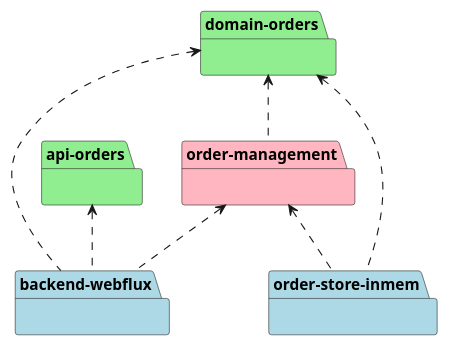
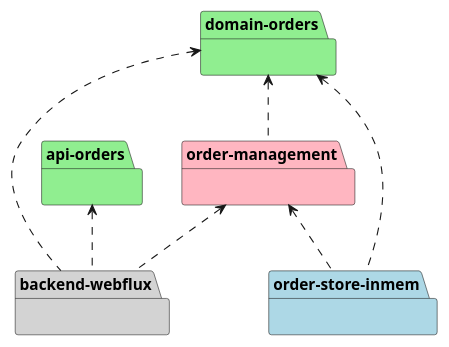
Before and after one commit to karbonfw/plea4sanity: the diagram in module-dependencies.puml, drawn with PlantUML.

```diff
--- a/module-dependencies.puml
+++ b/module-dependencies.puml
@@ -1,21 +1,21 @@
 @startuml
   "domain-orders" <.. "order-management"
   "domain-orders" <.. "backend-webflux"
   "domain-orders" <.. "order-store-inmem"
 
   "api-orders" <.. "backend-webflux"
 
   "order-management" <.. "backend-webflux"
   "order-management" <.. "order-store-inmem"
 
-  package backend-webflux #lightblue {
+  package backend-webflux #lightgrey {
   }
   package order-store-inmem #lightblue {
   }
   package order-management #lightpink {
   }
   package domain-orders #lightgreen {
   }
   package api-orders #lightgreen {
   }
 @enduml
```
